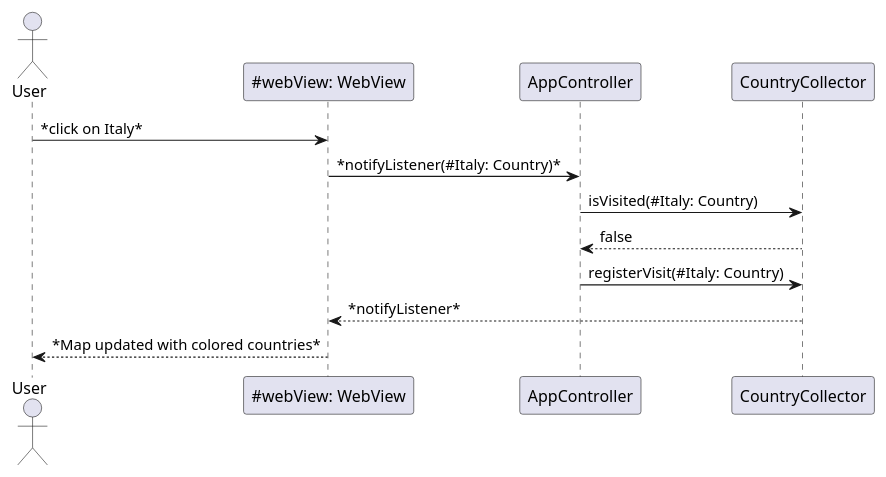
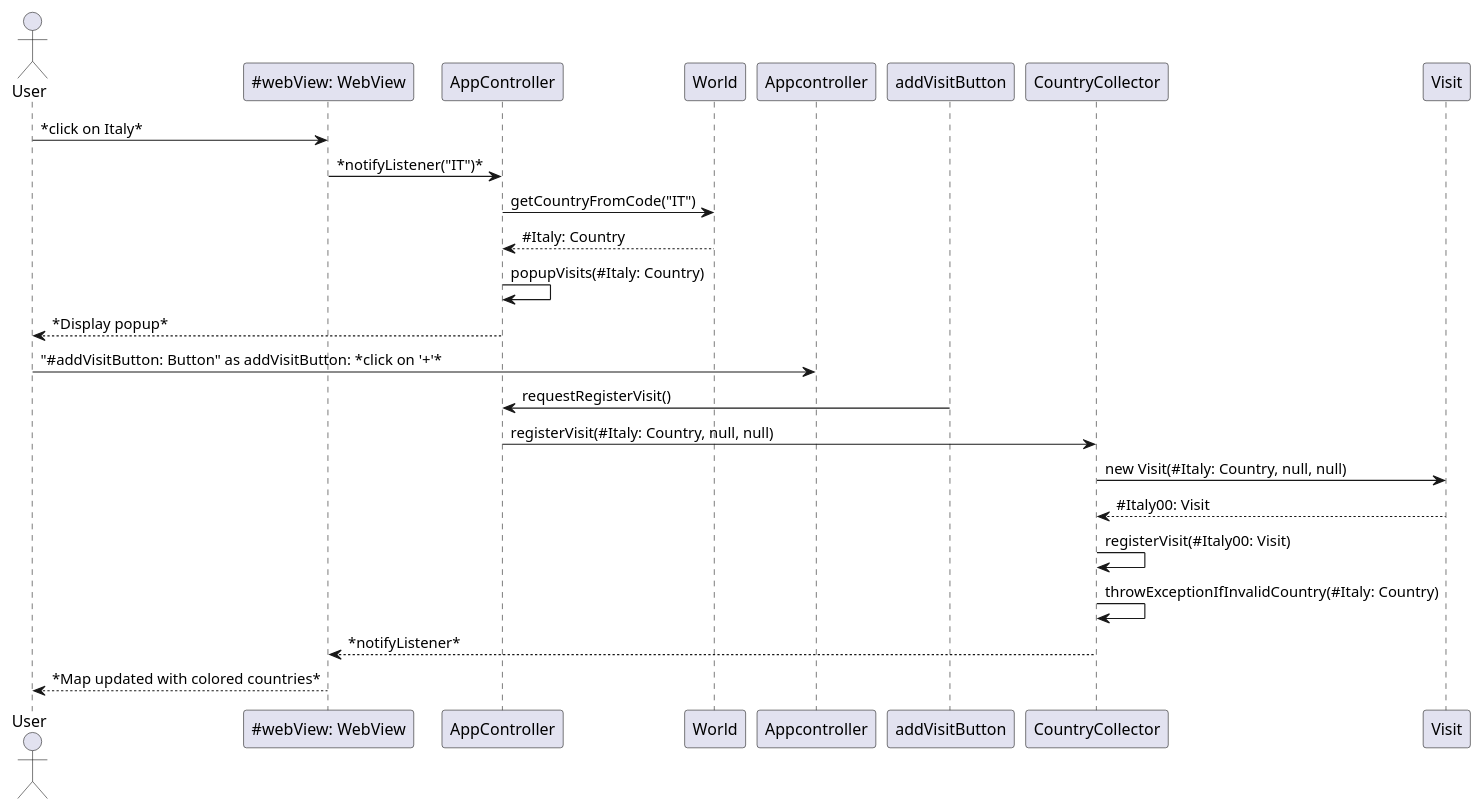
The second of 4 diagrams in userStories/README.md (dotClique/globingular), drawn with PlantUML before and after one commit. The commit also changed other lines of this file and 1 other file, not shown here.

Commit message:
Update userStories-README

````diff
--- a/userStories/README.md
+++ b/userStories/README.md
@@ -47,12 +54,20 @@
 ```plantuml
 
 actor User
 User -> "~#webView: WebView" as webView: *click on Italy*
-webView -> AppController: *notifyListener(#Italy: Country)*
-AppController -> CountryCollector: isVisited(#Italy: Country)
-CountryCollector --> AppController: false
-AppController -> CountryCollector: registerVisit(#Italy: Country)
+webView -> AppController: *notifyListener("IT")*
+AppController -> World: getCountryFromCode("IT")
+World --> AppController: ~#Italy: Country
+AppController -> AppController: popupVisits(#Italy: Country)
+AppController --> User: *Display popup*
+User -> Appcontroller: "~#addVisitButton: Button" as addVisitButton: *click on '+'*
+addVisitButton -> AppController: requestRegisterVisit()
+AppController -> CountryCollector: registerVisit(#Italy: Country, null, null)
+CountryCollector -> Visit: new Visit(#Italy: Country, null, null)
+Visit --> CountryCollector: ~#Italy00: Visit
+CountryCollector -> CountryCollector: registerVisit(#Italy00: Visit)
+CountryCollector -> CountryCollector: throwExceptionIfInvalidCountry(#Italy: Country)
 CountryCollector --> webView: *notifyListener*
 webView --> User: *Map updated with colored countries*
 
 ```
````
